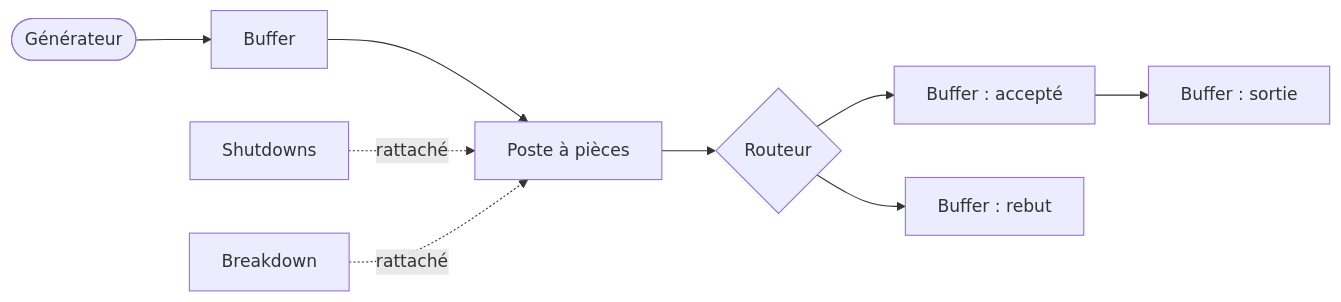
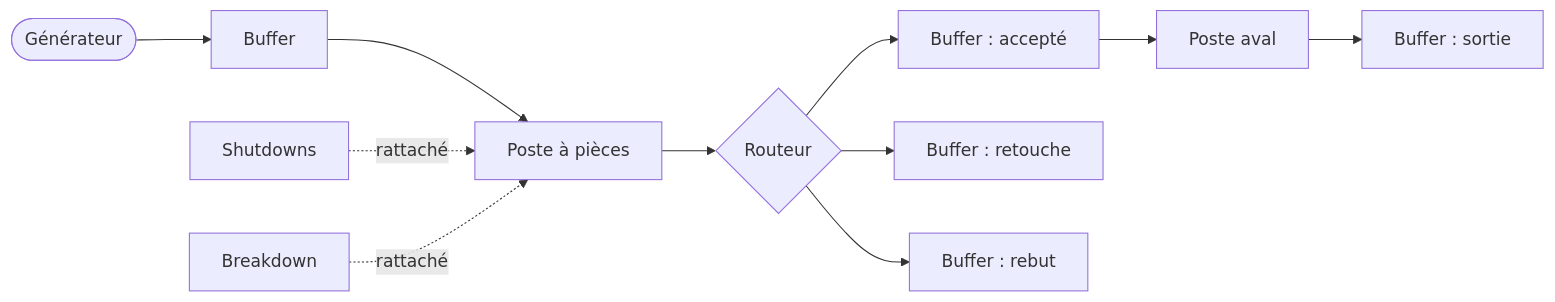
The diagram in documentation/flow-designer.fr.md (anthony-tannoury/Flow-simulator), drawn with Mermaid before and after one commit. The commit also changed other lines of this file and 13 other files, not shown here.

````diff
--- a/documentation/flow-designer.fr.md
+++ b/documentation/flow-designer.fr.md
@@ -61,11 +61,13 @@
 ```mermaid
 flowchart LR
     G([Générateur]) --> B1[Buffer]
     B1 --> T[Poste à pièces]
     T --> R{Routeur}
     R --> B2[Buffer : accepté]
+    R --> B3[Buffer : retouche]
     R --> SC[Buffer : rebut]
-    B2 --> EX[Buffer : sortie]
+    B2 --> T2[Poste aval]
+    T2 --> EX[Buffer : sortie]
     SD[Shutdowns] -.rattaché.-> T
     BD[Breakdown] -.rattaché.-> T
 ```
````
